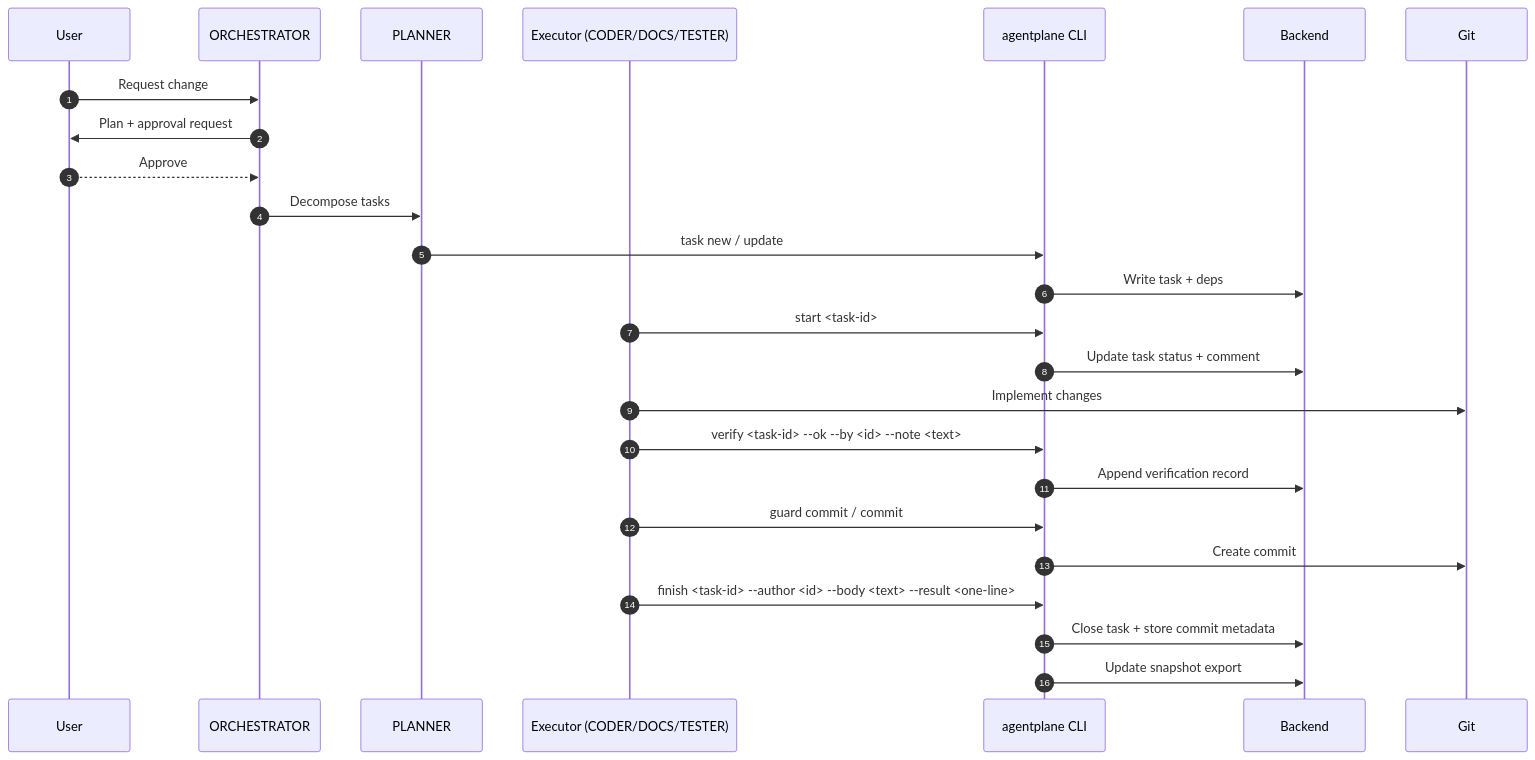
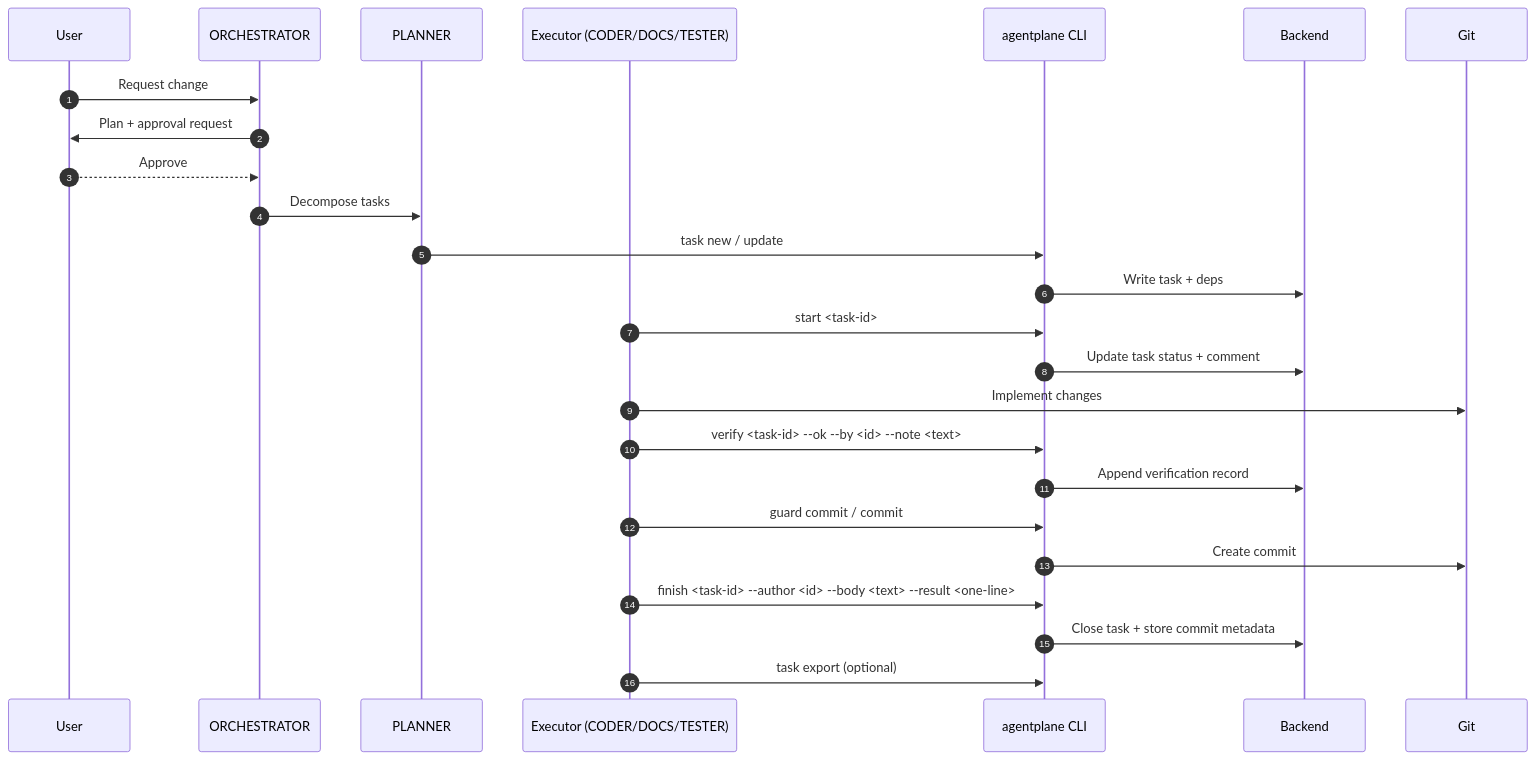
The second of 3 diagrams in docs/user/task-lifecycle.mdx (basilisk-labs/agentplane), drawn with Mermaid before and after one commit. The commit also changed other lines of this file and 4 other files, not shown here.

````diff
--- a/docs/user/task-lifecycle.mdx
+++ b/docs/user/task-lifecycle.mdx
@@ -52,28 +52,28 @@
 ```mermaid
 sequenceDiagram
   autonumber
   participant U as User
   participant O as ORCHESTRATOR
   participant P as PLANNER
   participant E as Executor (CODER/DOCS/TESTER)
   participant CLI as agentplane CLI
   participant B as Backend
   participant G as Git
 
   U->>O: Request change
   O->>U: Plan + approval request
   U-->>O: Approve
   O->>P: Decompose tasks
   P->>CLI: task new / update
   CLI->>B: Write task + deps
   E->>CLI: start <task-id>
   CLI->>B: Update task status + comment
   E->>G: Implement changes
   E->>CLI: verify <task-id> --ok --by <id> --note <text>
   CLI->>B: Append verification record
   E->>CLI: guard commit / commit
   CLI->>G: Create commit
   E->>CLI: finish <task-id> --author <id> --body <text> --result <one-line>
   CLI->>B: Close task + store commit metadata
-  CLI->>B: Update snapshot export
+  E->>CLI: task export (optional)
 ```
````
